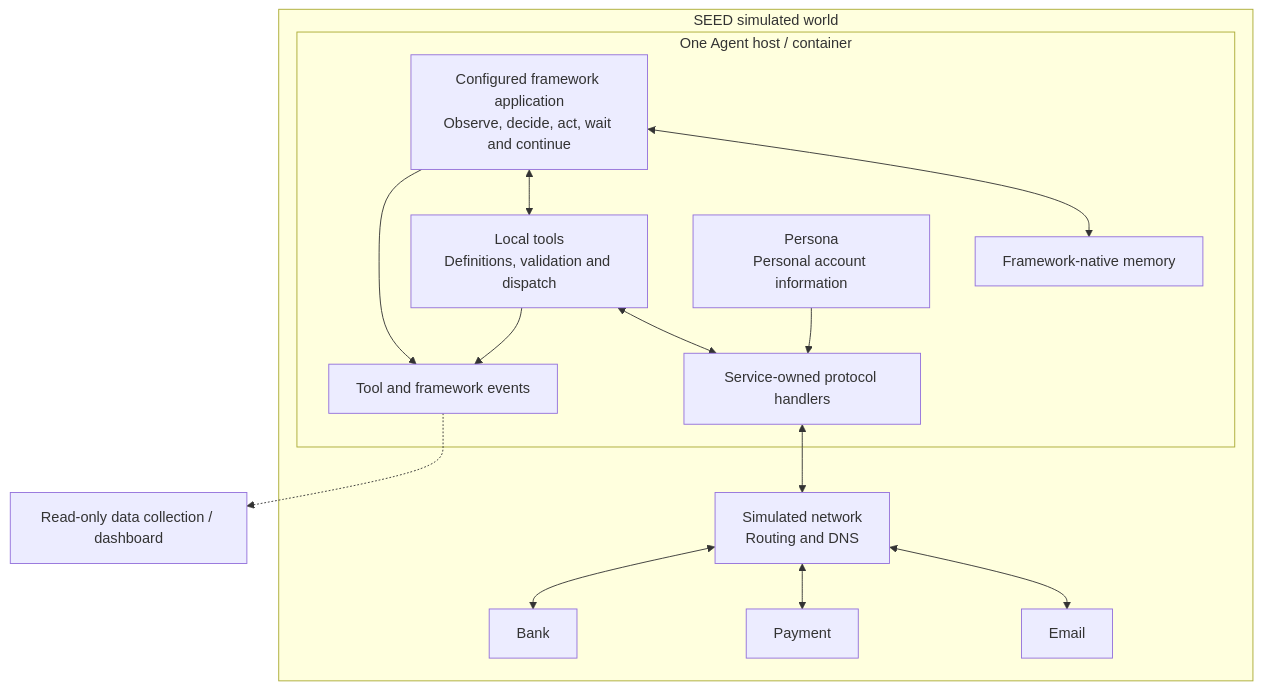
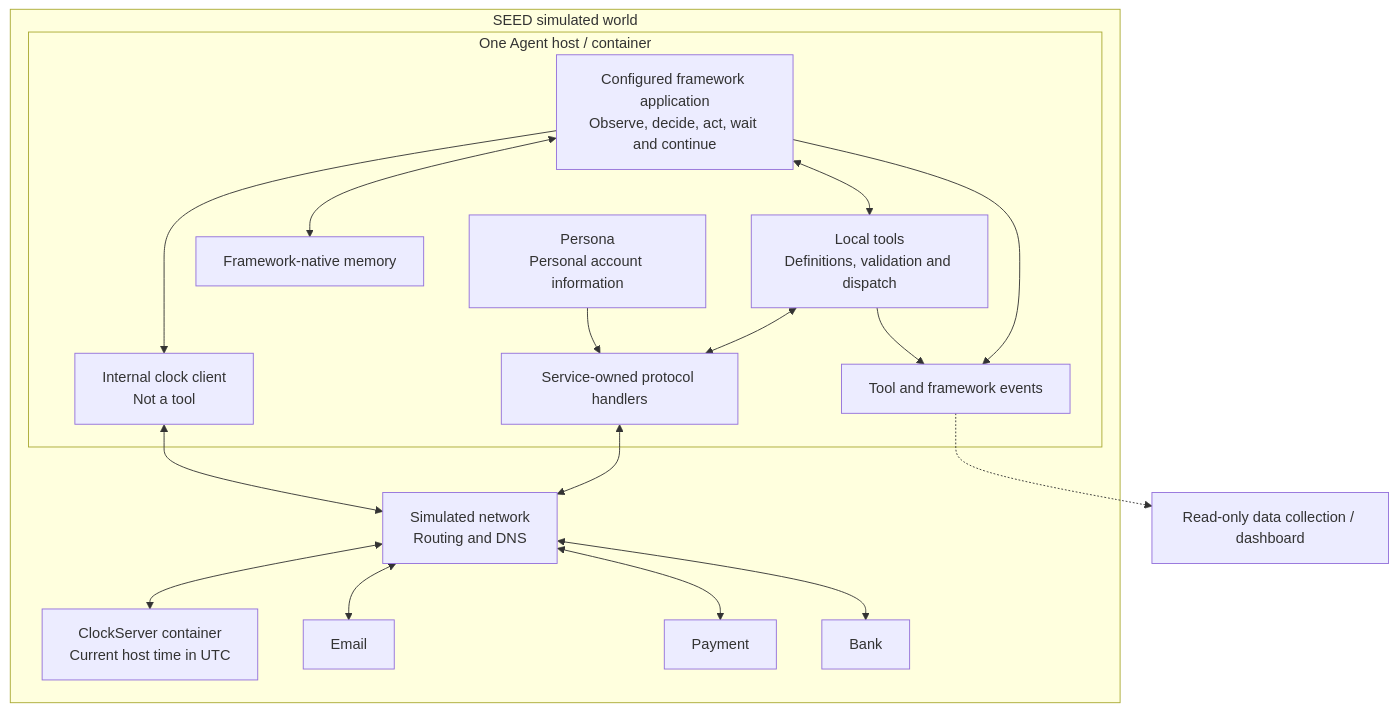
Before and after one commit to seed-labs/emuvista: the fourth of 4 diagrams in docs/agent-service/design.md, drawn with Mermaid. The commit also changed other lines of this file and 13 other files, not shown here.

Commit message:
Add ClockServer

````diff
--- a/docs/agent-service/design.md
+++ b/docs/agent-service/design.md
@@ -365,28 +365,33 @@
 ```mermaid
 flowchart TB
     subgraph Simulation["SEED simulated world"]
         subgraph Container["One Agent host / container"]
             Framework["Configured framework application<br/>Observe, decide, act, wait and continue"]
             Memory["Framework-native memory"]
             Registry["Local tools<br/>Definitions, validation and dispatch"]
             Handlers["Service-owned protocol handlers"]
             Context["Persona<br/>Personal account information"]
+            ClockClient["Internal clock client<br/>Not a tool"]
             Events["Tool and framework events"]
+            Framework --> ClockClient
             Framework <--> Memory
             Framework <--> Registry
             Registry <--> Handlers
             Context --> Handlers
             Registry --> Events
             Framework --> Events
         end
         Network["Simulated network<br/>Routing and DNS"]
+        ClockServer["ClockServer container<br/>Current host time in UTC"]
         Email["Email"]
         Payment["Payment"]
         Bank["Bank"]
         Handlers <--> Network
+        ClockClient <--> Network
+        Network <--> ClockServer
         Network <--> Email
         Network <--> Payment
         Network <--> Bank
     end
     Events -.-> Collector["Read-only data collection / dashboard"]
 ```
````
